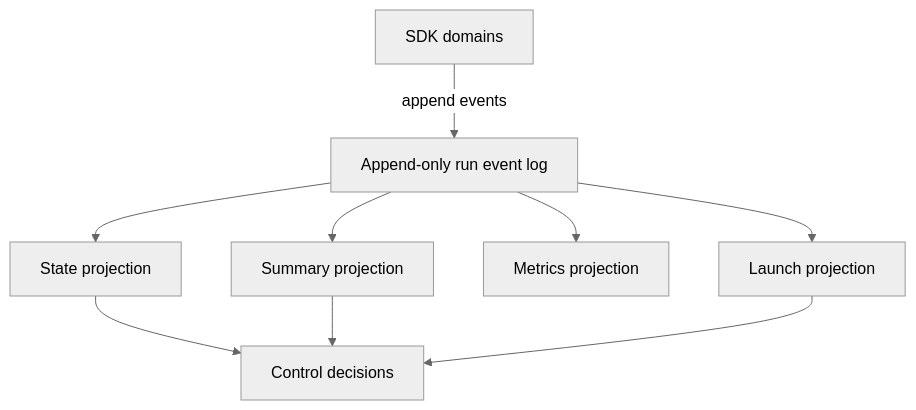
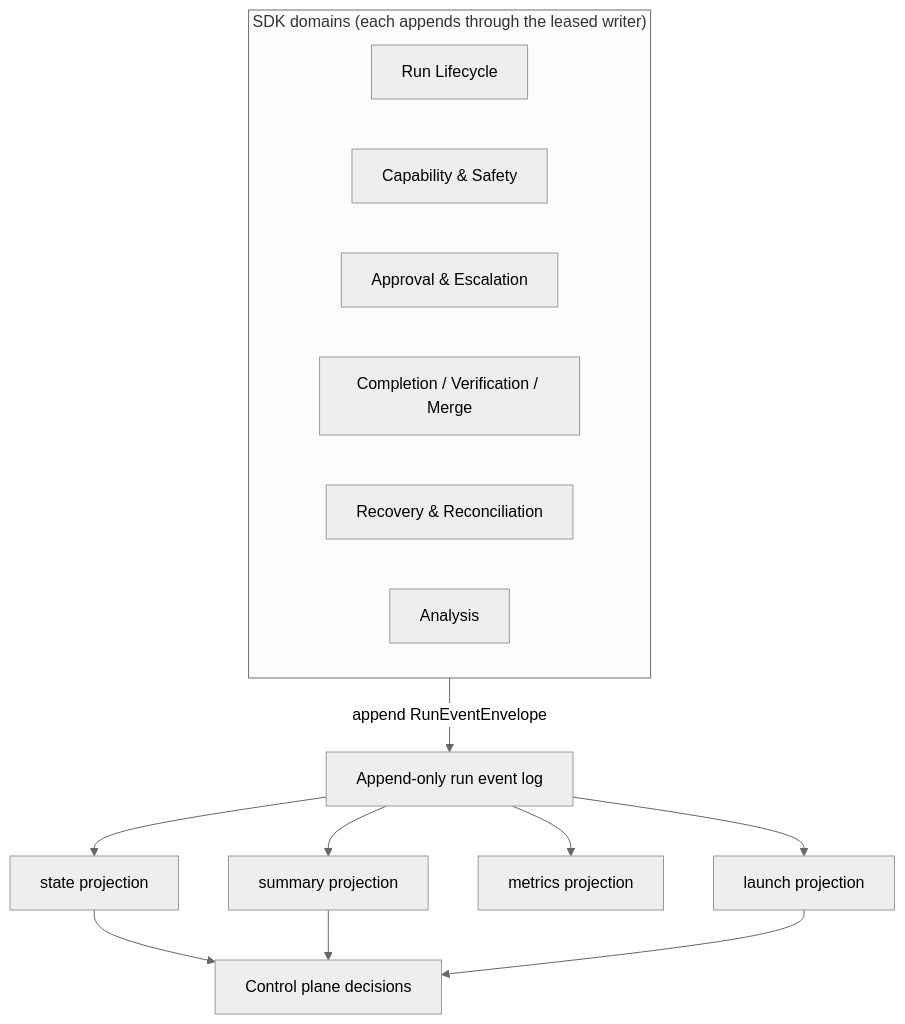
The diagram in docs/design/10-architecture/event-log-and-state.md (aryeko/agentic-workflow-kit), drawn with Mermaid (neutral theme) before and after one commit. The commit also changed other lines of this file and 46 other files, not shown here.

````diff
--- a/docs/design/10-architecture/event-log-and-state.md
+++ b/docs/design/10-architecture/event-log-and-state.md
@@ -5,12 +13,15 @@
 ```mermaid
 flowchart TB
-  EventLog["Append-only run event log"] --> State["State projection"]
-  EventLog --> Summary["Summary projection"]
-  EventLog --> Metrics["Metrics projection"]
-  EventLog --> Launch["Launch projection"]
-
-  Domains["SDK domains"] -->|append events| EventLog
-  State --> Decisions["Control decisions"]
+  subgraph Writers["SDK domains (each appends through the leased writer)"]
+    D1["Run Lifecycle"]; D2["Capability & Safety"]; D3["Approval & Escalation"]
+    D4["Completion / Verification / Merge"]; D5["Recovery & Reconciliation"]; D6["Analysis"]
+  end
+  Writers -->|append RunEventEnvelope| Log["Append-only run event log"]
+  Log --> State["state projection"]
+  Log --> Summary["summary projection"]
+  Log --> Metrics["metrics projection"]
+  Log --> Launch["launch projection"]
+  State --> Decisions["Control plane decisions"]
   Summary --> Decisions
   Launch --> Decisions
 ```
````
